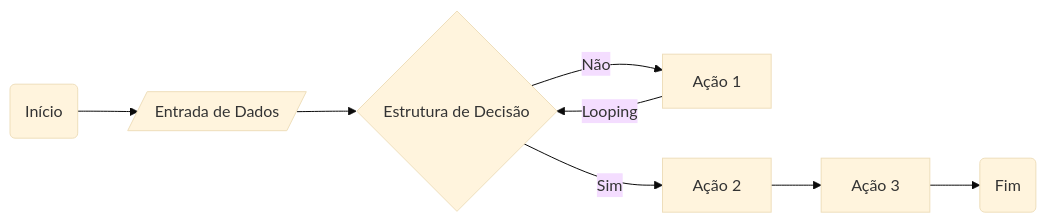
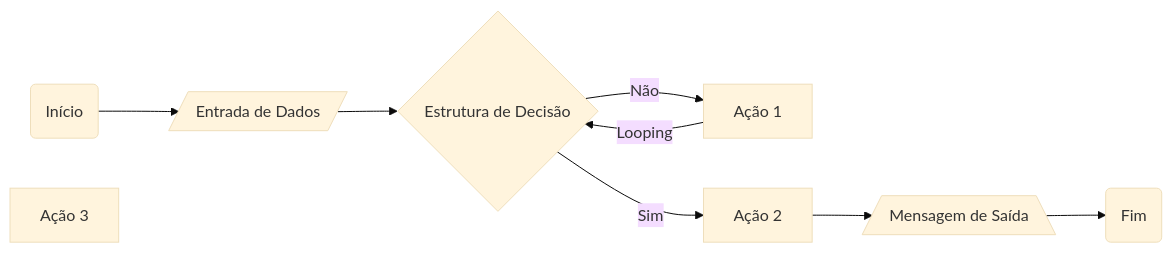
The diagram in Notas de Aula.md (AmilcarJZN/logica_dio), drawn with Mermaid (base theme) before and after one commit. The commit also changed other lines of this file, not shown here.

Commit message:
Update Notas de Aula.md

````diff
--- a/Notas de Aula.md
+++ b/Notas de Aula.md
@@ -17,17 +18,18 @@
 ```mermaid
 graph LR;
     A(Início);
     B[/Entrada de Dados/];
     C{Estrutura de Decisão};
     D[Ação 1];
     E[Ação 2];
     F[Ação 3];
     G(Fim);
+    H[/Mensagem de Saída\];
 A-->B;
 B-->C;
 C--Não -->D;
 C--Sim -->E;
-E-->F;
+E-->H;
 D--Looping -->C;
-F-->G;
+H-->G;
 ```
````
